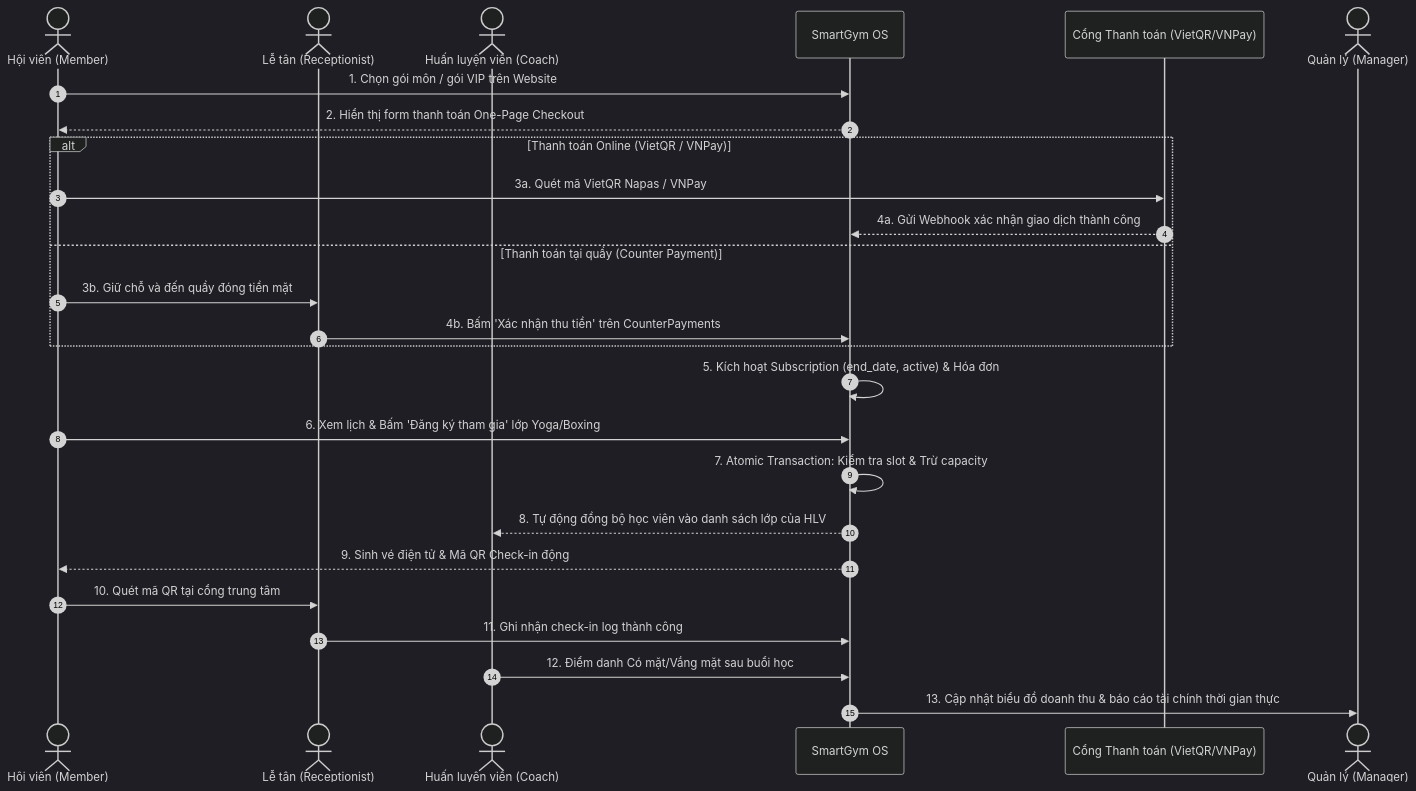
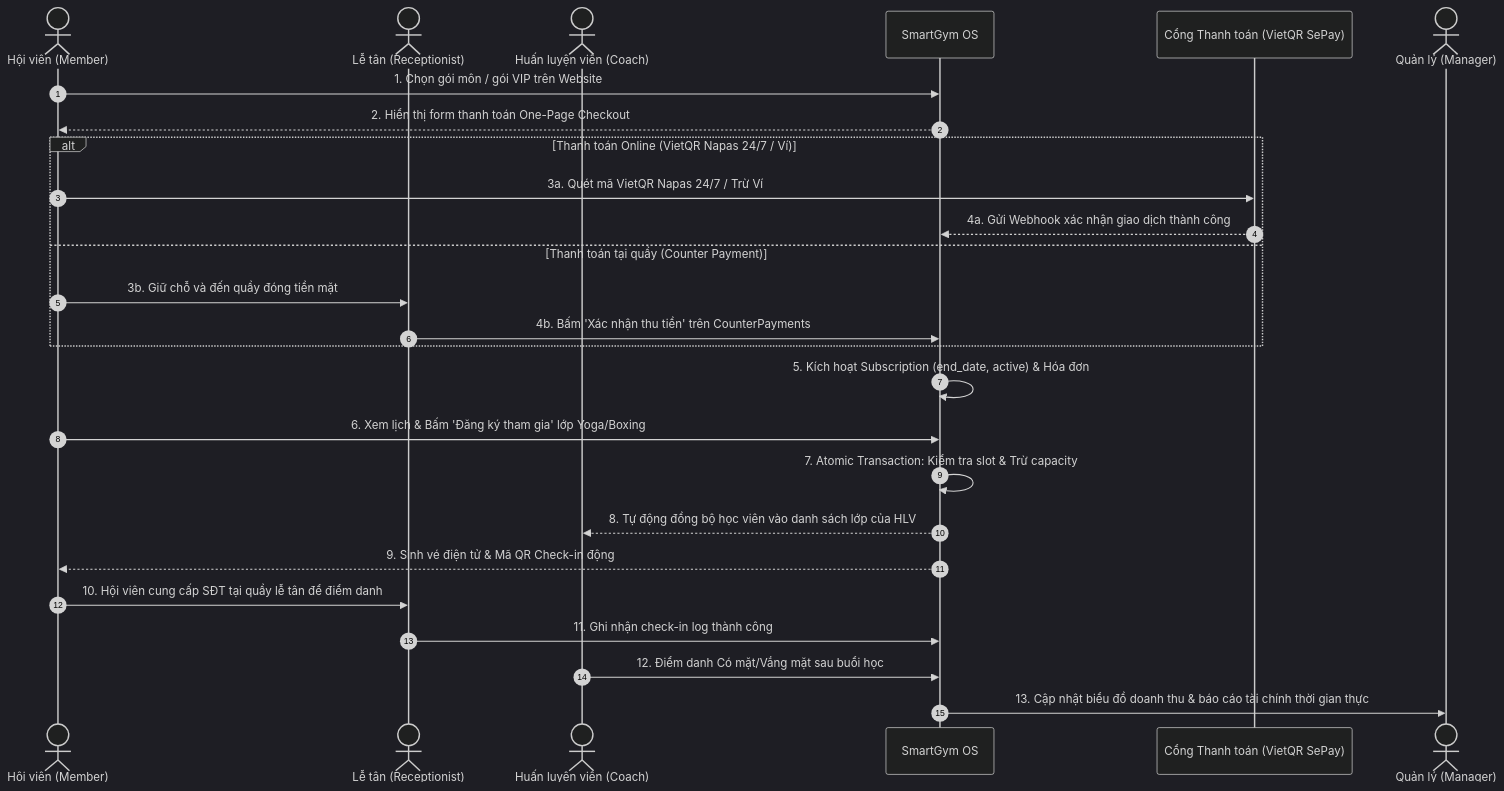
The second of 7 diagrams in docs/SWP391_SRS_Template2_Document.md (LeHoangLong2004/Sport_Center), drawn with Mermaid (dark theme) before and after one commit. The commit also changed other lines of this file and 18 other files, not shown here.

````diff
--- a/docs/SWP391_SRS_Template2_Document.md
+++ b/docs/SWP391_SRS_Template2_Document.md
@@ -138,34 +138,34 @@
 ```mermaid
 sequenceDiagram
     autonumber
     actor Member as Hội viên (Member)
     actor Recept as Lễ tân (Receptionist)
     actor Coach as Huấn luyện viên (Coach)
     participant System as SmartGym OS
-    participant Gateway as Cổng Thanh toán (VietQR/VNPay)
+    participant Gateway as Cổng Thanh toán (VietQR SePay)
     actor Manager as Quản lý (Manager)
 
     %% Giai đoạn 1: Mua gói & Thanh toán
     Member->>System: 1. Chọn gói môn / gói VIP trên Website
     System-->>Member: 2. Hiển thị form thanh toán One-Page Checkout
-    alt Thanh toán Online (VietQR / VNPay)
-        Member->>Gateway: 3a. Quét mã VietQR Napas / VNPay
+    alt Thanh toán Online (VietQR Napas 24/7 / Ví)
+        Member->>Gateway: 3a. Quét mã VietQR Napas 24/7 / Trừ Ví
         Gateway-->>System: 4a. Gửi Webhook xác nhận giao dịch thành công
     else Thanh toán tại quầy (Counter Payment)
         Member->>Recept: 3b. Giữ chỗ và đến quầy đóng tiền mặt
         Recept->>System: 4b. Bấm 'Xác nhận thu tiền' trên CounterPayments
     end
     System->>System: 5. Kích hoạt Subscription (end_date, active) & Hóa đơn
 
     %% Giai đoạn 2: Đặt lớp & Tham gia
     Member->>System: 6. Xem lịch & Bấm 'Đăng ký tham gia' lớp Yoga/Boxing
     System->>System: 7. Atomic Transaction: Kiểm tra slot & Trừ capacity
     System-->>Coach: 8. Tự động đồng bộ học viên vào danh sách lớp của HLV
     System-->>Member: 9. Sinh vé điện tử & Mã QR Check-in động
 
     %% Giai đoạn 3: Điểm danh & Báo cáo
-    Member->>Recept: 10. Quét mã QR tại cổng trung tâm
+    Member->>Recept: 10. Hội viên cung cấp SĐT tại quầy lễ tân để điểm danh
     Recept->>System: 11. Ghi nhận check-in log thành công
     Coach->>System: 12. Điểm danh Có mặt/Vắng mặt sau buổi học
     System->>Manager: 13. Cập nhật biểu đồ doanh thu & báo cáo tài chính thời gian thực
 ```
````
